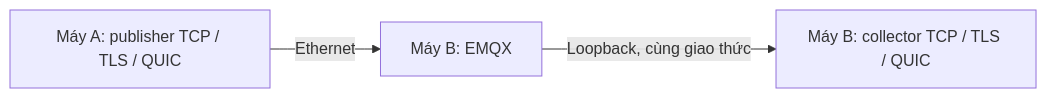
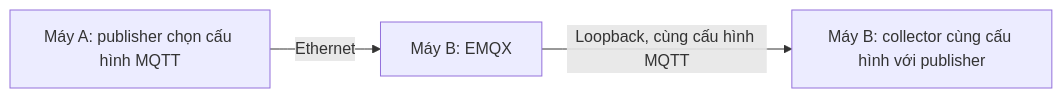
Before and after one commit to hathuy2494/MQTT-over-QUIC: the diagram in README.md, drawn with Mermaid. The commit also changed other lines of this file, not shown here.

````diff
--- a/README.md
+++ b/README.md
@@ -11,5 +11,5 @@
 ```mermaid
 flowchart LR
-  A["Máy A: publisher TCP / TLS / QUIC"] -->|"Ethernet"| B["Máy B: EMQX"]
-  B -->|"Loopback, cùng giao thức"| C["Máy B: collector TCP / TLS / QUIC"]
+  A["Máy A: publisher chọn cấu hình MQTT"] -->|"Ethernet"| B["Máy B: EMQX"]
+  B -->|"Loopback, cùng cấu hình MQTT"| C["Máy B: collector cùng cấu hình với publisher"]
 ```
````
